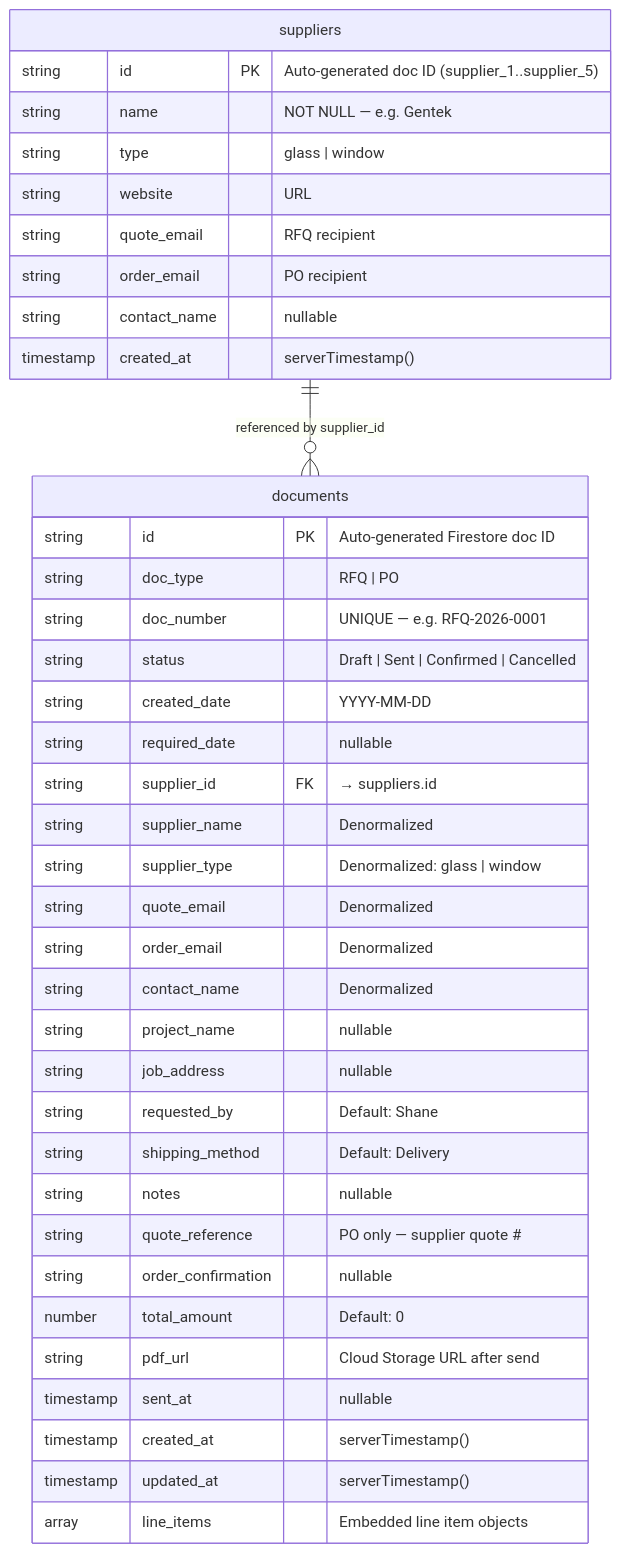
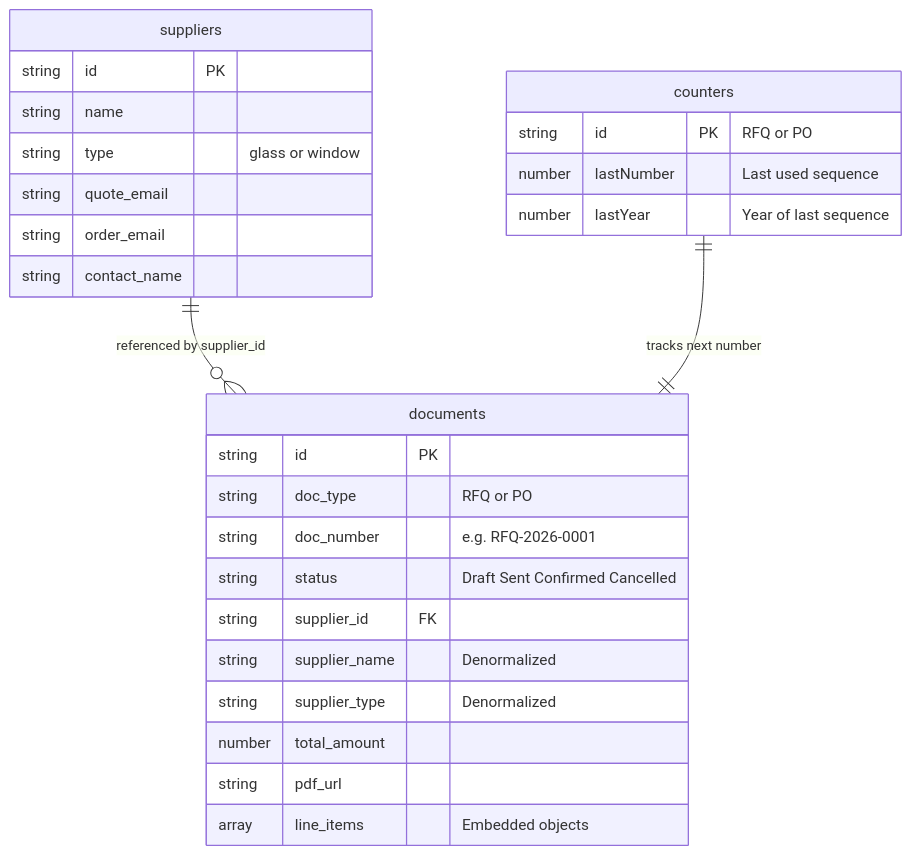
One commit to Skippy-code-604/westernwindows-ca changed the second of 6 diagrams in ww_portal_enterprise_docs.md. Above: the diagram before and after it, drawn with Mermaid. The commit also changed other lines of this file and 7 other files, not shown here.

First line of the commit message:
feat: Google Drive auto-export for PDFs on send

````diff
--- a/ww_portal_enterprise_docs.md
+++ b/ww_portal_enterprise_docs.md
@@ -274,43 +250,33 @@
 ```mermaid
 erDiagram
     suppliers ||--o{ documents : "referenced by supplier_id"
+    counters ||--|| documents : "tracks next number"
 
     suppliers {
-        string id PK "Auto-generated doc ID (supplier_1..supplier_5)"
-        string name "NOT NULL — e.g. Gentek"
-        string type "glass | window"
-        string website "URL"
-        string quote_email "RFQ recipient"
-        string order_email "PO recipient"
-        string contact_name "nullable"
-        timestamp created_at "serverTimestamp()"
+        string id PK
+        string name
+        string type "glass or window"
+        string quote_email
+        string order_email
+        string contact_name
     }
 
     documents {
-        string id PK "Auto-generated Firestore doc ID"
-        string doc_type "RFQ | PO"
-        string doc_number "UNIQUE — e.g. RFQ-2026-0001"
-        string status "Draft | Sent | Confirmed | Cancelled"
-        string created_date "YYYY-MM-DD"
-        string required_date "nullable"
-        string supplier_id FK "→ suppliers.id"
+        string id PK
+        string doc_type "RFQ or PO"
+        string doc_number "e.g. RFQ-2026-0001"
+        string status "Draft Sent Confirmed Cancelled"
+        string supplier_id FK
         string supplier_name "Denormalized"
-        string supplier_type "Denormalized: glass | window"
-        string quote_email "Denormalized"
-        string order_email "Denormalized"
-        string contact_name "Denormalized"
-        string project_name "nullable"
-        string job_address "nullable"
-        string requested_by "Default: Shane"
-        string shipping_method "Default: Delivery"
-        string notes "nullable"
-        string quote_reference "PO only — supplier quote #"
-        string order_confirmation "nullable"
-        number total_amount "Default: 0"
-        string pdf_url "Cloud Storage URL after send"
-        timestamp sent_at "nullable"
-        timestamp created_at "serverTimestamp()"
-        timestamp updated_at "serverTimestamp()"
-        array line_items "Embedded line item objects"
+        string supplier_type "Denormalized"
+        number total_amount
+        string pdf_url
+        array line_items "Embedded objects"
+    }
+
+    counters {
+        string id PK "RFQ or PO"
+        number lastNumber "Last used sequence"
+        number lastYear "Year of last sequence"
     }
 ```
````
